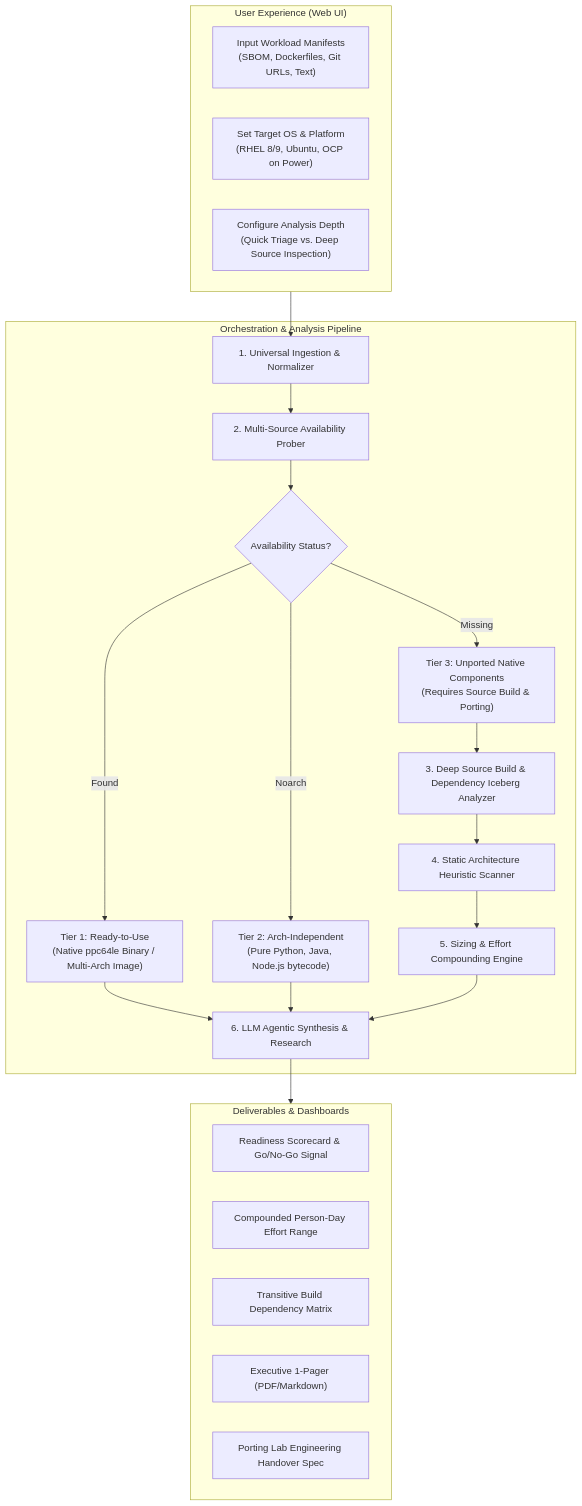
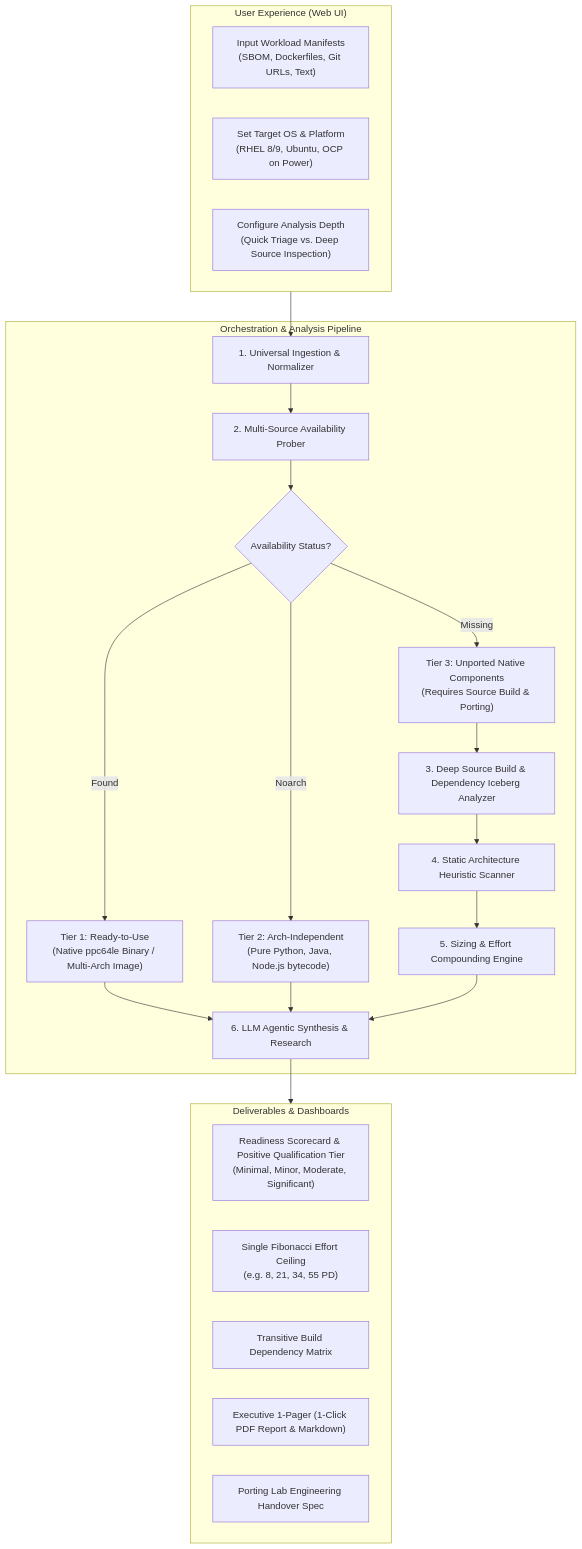
The diagram in understanding_and_plan.md (MaheshZ/poweragent), drawn with Mermaid before and after one commit. The commit also changed other lines of this file and 19 other files, not shown here.

Commit message:
feat: add executive PDF export, Fibonacci effort sizing, and improved package extraction

````diff
--- a/understanding_and_plan.md
+++ b/understanding_and_plan.md
@@ -17,43 +17,43 @@
 ```mermaid
 flowchart TD
     subgraph UI ["User Experience (Web UI)"]
         A1["Input Workload Manifests<br/>(SBOM, Dockerfiles, Git URLs, Text)"]
         A2["Set Target OS & Platform<br/>(RHEL 8/9, Ubuntu, OCP on Power)"]
         A3["Configure Analysis Depth<br/>(Quick Triage vs. Deep Source Inspection)"]
     end
 
     subgraph Backend ["Orchestration & Analysis Pipeline"]
         B1["1. Universal Ingestion & Normalizer"]
         B2["2. Multi-Source Availability Prober"]
         B3{"Availability Status?"}
         
         B4["Tier 1: Ready-to-Use<br/>(Native ppc64le Binary / Multi-Arch Image)"]
         B5["Tier 2: Arch-Independent<br/>(Pure Python, Java, Node.js bytecode)"]
         B6["Tier 3: Unported Native Components<br/>(Requires Source Build & Porting)"]
         
         B7["3. Deep Source Build & Dependency Iceberg Analyzer"]
         B8["4. Static Architecture Heuristic Scanner"]
         B9["5. Sizing & Effort Compounding Engine"]
         B10["6. LLM Agentic Synthesis & Research"]
     end
 
     subgraph Outputs ["Deliverables & Dashboards"]
-        C1["Readiness Scorecard & Go/No-Go Signal"]
-        C2["Compounded Person-Day Effort Range"]
+        C1["Readiness Scorecard & Positive Qualification Tier<br/>(Minimal, Minor, Moderate, Significant)"]
+        C2["Single Fibonacci Effort Ceiling<br/>(e.g. 8, 21, 34, 55 PD)"]
         C3["Transitive Build Dependency Matrix"]
-        C4["Executive 1-Pager (PDF/Markdown)"]
+        C4["Executive 1-Pager (1-Click PDF Report & Markdown)"]
         C5["Porting Lab Engineering Handover Spec"]
     end
 
     UI --> B1
     B1 --> B2
     B2 --> B3
     B3 -- "Found" --> B4
     B3 -- "Noarch" --> B5
     B3 -- "Missing" --> B6
     B6 --> B7
     B7 --> B8
     B8 --> B9
     B4 & B5 & B9 --> B10
     B10 --> Outputs
 ```
````
